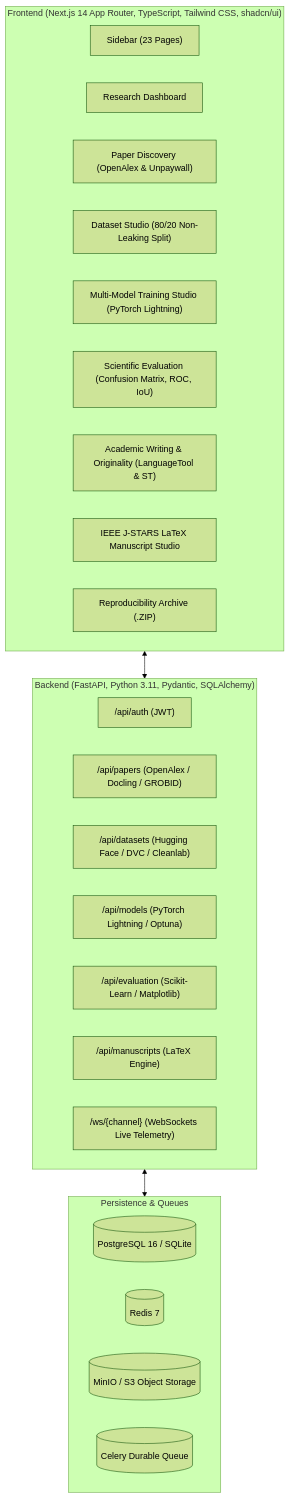
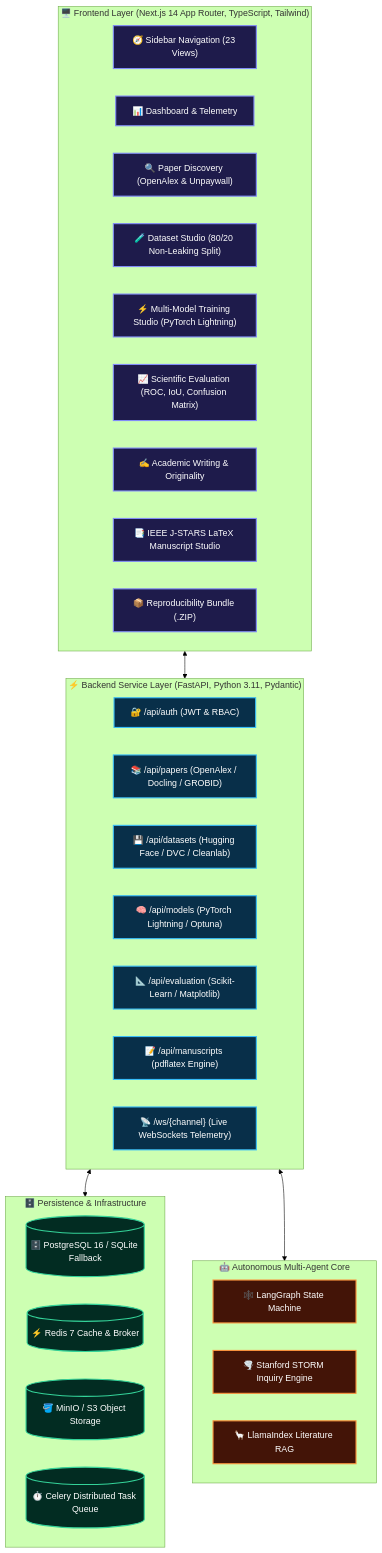
Before and after one commit to kanna857/P-Research-os: the diagram in README.md, drawn with Mermaid (forest theme). The commit also changed other lines of this file and 5 other files, not shown here.

````diff
--- a/README.md
+++ b/README.md
@@ -9,34 +120,51 @@
 ```mermaid
 flowchart TD
-    subgraph UI ["Frontend (Next.js 14 App Router, TypeScript, Tailwind CSS, shadcn/ui)"]
-        Nav["Sidebar (23 Pages)"]
-        Dash["Research Dashboard"]
-        Disc["Paper Discovery (OpenAlex & Unpaywall)"]
-        DataStudio["Dataset Studio (80/20 Non-Leaking Split)"]
-        TrainStudio["Multi-Model Training Studio (PyTorch Lightning)"]
-        ResultsViz["Scientific Evaluation (Confusion Matrix, ROC, IoU)"]
-        WritingStudio["Academic Writing & Originality (LanguageTool & ST)"]
-        JournalStudio["IEEE J-STARS LaTeX Manuscript Studio"]
-        ExportStudio["Reproducibility Archive (.ZIP)"]
+    classDef uiClass fill:#1e1b4b,stroke:#818cf8,stroke-width:2px,color:#ffffff;
+    classDef apiClass fill:#082f49,stroke:#38bdf8,stroke-width:2px,color:#ffffff;
+    classDef storageClass fill:#022c22,stroke:#34d399,stroke-width:2px,color:#ffffff;
+    classDef agentClass fill:#431407,stroke:#fb923c,stroke-width:2px,color:#ffffff;
+
+    subgraph UI ["🖥️ Frontend Layer (Next.js 14 App Router, TypeScript, Tailwind)"]
+        Nav["🧭 Sidebar Navigation (23 Views)"]
+        Dash["📊 Dashboard & Telemetry"]
+        Disc["🔍 Paper Discovery (OpenAlex & Unpaywall)"]
+        DataStudio["🧪 Dataset Studio (80/20 Non-Leaking Split)"]
+        TrainStudio["⚡ Multi-Model Training Studio (PyTorch Lightning)"]
+        ResultsViz["📈 Scientific Evaluation (ROC, IoU, Confusion Matrix)"]
+        WritingStudio["✍️ Academic Writing & Originality"]
+        JournalStudio["📑 IEEE J-STARS LaTeX Manuscript Studio"]
+        ExportStudio["📦 Reproducibility Bundle (.ZIP)"]
     end
 
-    subgraph API ["Backend (FastAPI, Python 3.11, Pydantic, SQLAlchemy)"]
-        AuthRouter["/api/auth (JWT)"]
-        PapersRouter["/api/papers (OpenAlex / Docling / GROBID)"]
-        DatasetsRouter["/api/datasets (Hugging Face / DVC / Cleanlab)"]
-        ModelsRouter["/api/models (PyTorch Lightning / Optuna)"]
-        EvalRouter["/api/evaluation (Scikit-Learn / Matplotlib)"]
-        ManuscriptRouter["/api/manuscripts (LaTeX Engine)"]
-        WS["/ws/{channel} (WebSockets Live Telemetry)"]
+    subgraph API ["⚡ Backend Service Layer (FastAPI, Python 3.11, Pydantic)"]
+        AuthRouter["🔐 /api/auth (JWT & RBAC)"]
+        PapersRouter["📚 /api/papers (OpenAlex / Docling / GROBID)"]
+        DatasetsRouter["💾 /api/datasets (Hugging Face / DVC / Cleanlab)"]
+        ModelsRouter["🧠 /api/models (PyTorch Lightning / Optuna)"]
+        EvalRouter["📐 /api/evaluation (Scikit-Learn / Matplotlib)"]
+        ManuscriptRouter["📝 /api/manuscripts (pdflatex Engine)"]
+        WS["📡 /ws/{channel} (Live WebSockets Telemetry)"]
     end
 
-    subgraph StorageEngine ["Persistence & Queues"]
-        DB[(PostgreSQL 16 / SQLite)]
-        Cache[(Redis 7)]
-        S3[(MinIO / S3 Object Storage)]
-        Celery[(Celery Durable Queue)]
+    subgraph StorageEngine ["🗄️ Persistence & Infrastructure"]
+        DB[(🗄️ PostgreSQL 16 / SQLite Fallback)]
+        Cache[(⚡ Redis 7 Cache & Broker)]
+        S3[(🪣 MinIO / S3 Object Storage)]
+        Celery[(⏱️ Celery Distributed Task Queue)]
+    end
+
+    subgraph Agents ["🤖 Autonomous Multi-Agent Core"]
+        LG["🕸️ LangGraph State Machine"]
+        STORM["🌪️ Stanford STORM Inquiry Engine"]
+        LlamaRAG["🦙 LlamaIndex Literature RAG"]
     end
 
     UI <--> API
     API <--> StorageEngine
+    API <--> Agents
+
+    class Nav,Dash,Disc,DataStudio,TrainStudio,ResultsViz,WritingStudio,JournalStudio,ExportStudio uiClass;
+    class AuthRouter,PapersRouter,DatasetsRouter,ModelsRouter,EvalRouter,ManuscriptRouter,WS apiClass;
+    class DB,Cache,S3,Celery storageClass;
+    class LG,STORM,LlamaRAG agentClass;
 ```
````
